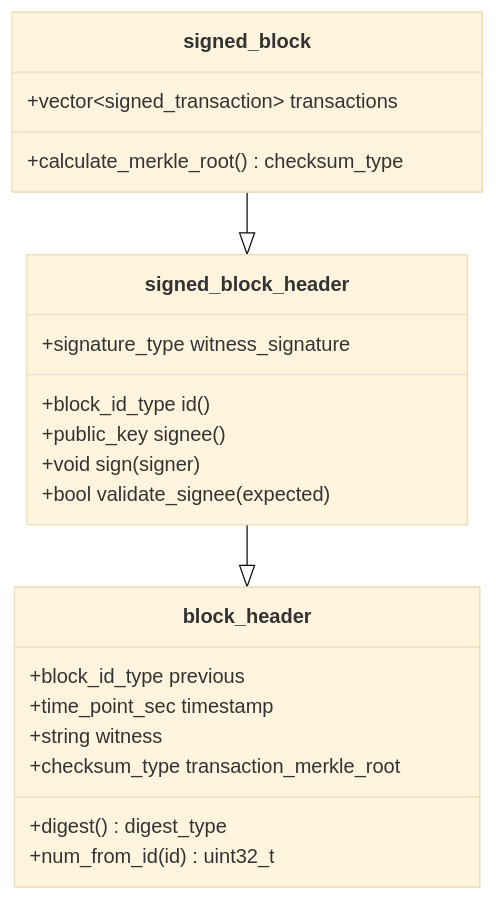
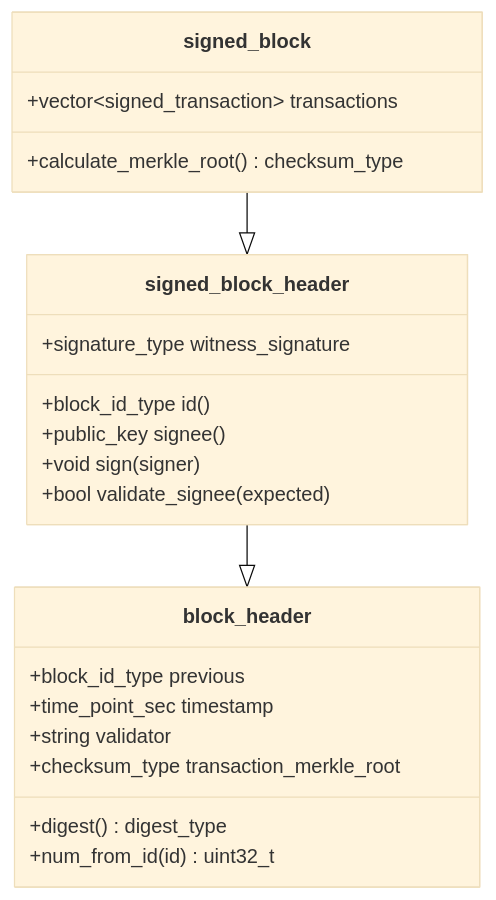
The third of 9 diagrams in .qoder/repowiki/en/content/Architecture Overview/Core Libraries/Protocol Library/Block Structures.md (VIZ-Blockchain/viz-cpp-node), drawn with Mermaid (base theme) before and after one commit. The commit also changed other lines of this file and 88 other files, not shown here.

First line of the commit message:
docs(validator): rename witness to validator throughout documentation

````diff
--- a/.qoder/repowiki/en/content/Architecture Overview/Core Libraries/Protocol Library/Block Structures.md
+++ b/.qoder/repowiki/en/content/Architecture Overview/Core Libraries/Protocol Library/Block Structures.md
@@ -145,24 +145,24 @@
 ```mermaid
 classDiagram
 class block_header {
 +block_id_type previous
 +time_point_sec timestamp
-+string witness
++string validator
 +checksum_type transaction_merkle_root
 +digest() digest_type
 +num_from_id(id) uint32_t
 }
 class signed_block_header {
 +block_id_type id()
 +public_key signee()
 +void sign(signer)
 +bool validate_signee(expected)
 +signature_type witness_signature
 }
 class signed_block {
 +vector~signed_transaction~ transactions
 +calculate_merkle_root() checksum_type
 }
 signed_block_header --|> block_header
 signed_block --|> signed_block_header
 ```
````
